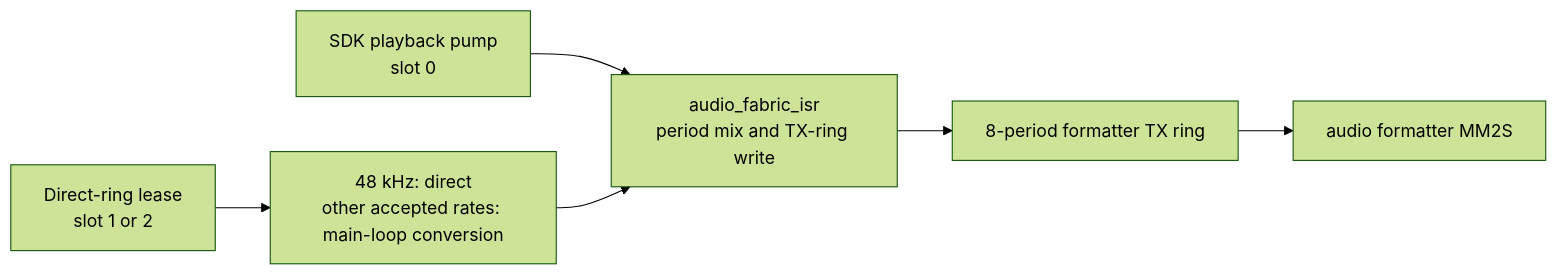
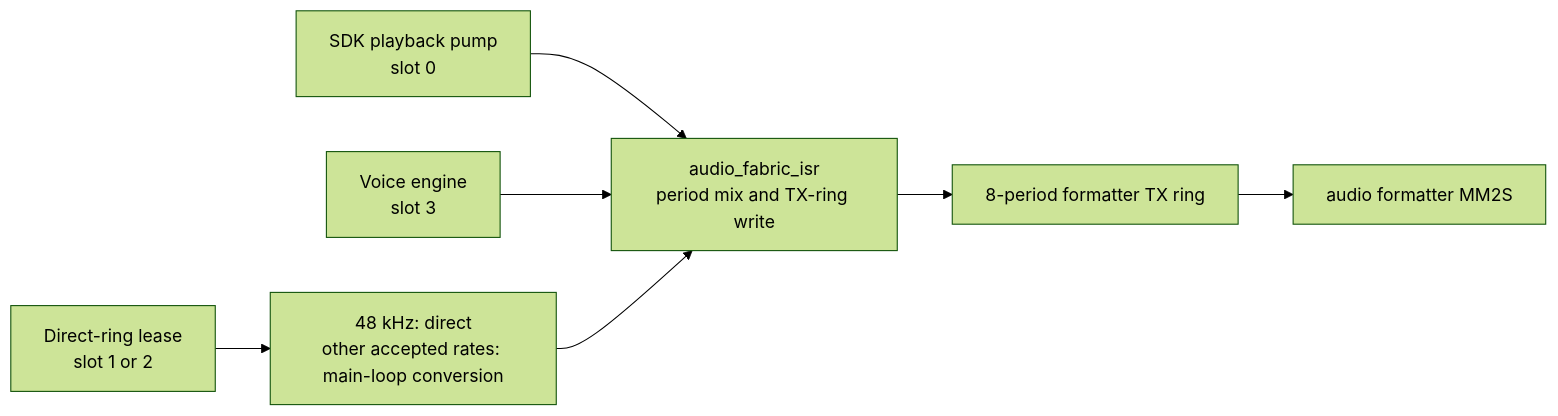
Before and after one commit to BlitterStudio/zz9000-firmware: the diagram in docs/audio-fabric.md, drawn with Mermaid (forest theme). The commit also changed other lines of this file and 7 other files, not shown here.

First line of the commit message:
docs: voice engine guide and references

````diff
--- a/docs/audio-fabric.md
+++ b/docs/audio-fabric.md
@@ -15,8 +16,9 @@
 ```mermaid
 flowchart LR
   Pump["SDK playback pump<br/>slot 0"] --> Fabric
   Lease["Direct-ring lease<br/>slot 1 or 2"] --> Rate
+  Voice["Voice engine<br/>slot 3"] --> Fabric
   Rate["48 kHz: direct<br/>other accepted rates: main-loop conversion"] --> Fabric["audio_fabric_isr<br/>period mix and TX-ring write"]
   Fabric --> TX["8-period formatter TX ring"]
   TX --> Formatter["audio formatter MM2S"]
 ```
````
